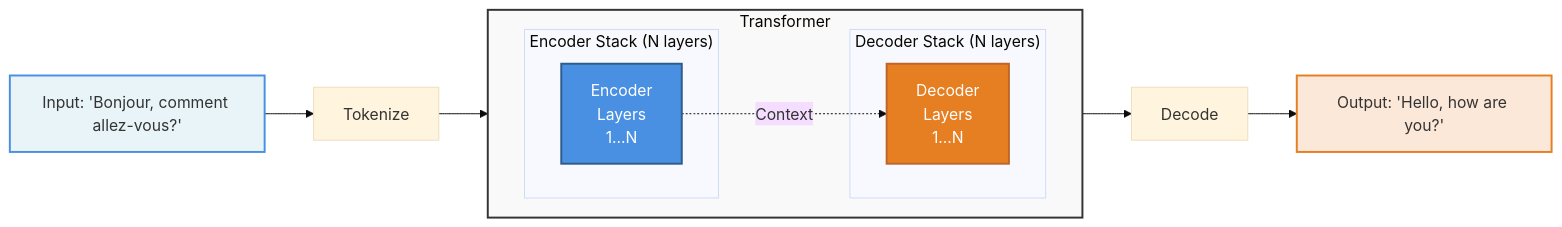
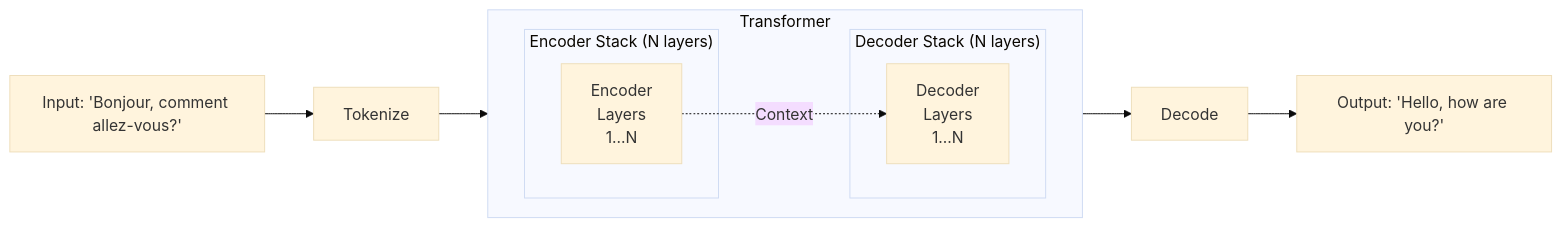
Before and after one commit to simonguest/CS-394: the diagram in src/01/diagrams/transformer-3.mmd, drawn with Mermaid (base theme). The commit also changed 4 other files, not shown here.

Commit message:
Added mermaid theme and removed inline styling

```diff
--- a/src/01/diagrams/transformer-3.mmd
+++ b/src/01/diagrams/transformer-3.mmd
@@ -1,26 +1,20 @@
 graph LR
     Input["Input: 'Bonjour, comment allez-vous?'"]
     
     subgraph Transformer
         direction LR
         subgraph "Encoder Stack (N layers)"
             E[Encoder<br/>Layers<br/>1...N]
         end
         
         subgraph "Decoder Stack (N layers)"
             D[Decoder<br/>Layers<br/>1...N]
         end
         
         E -.->|Context| D
     end
     
     Output["Output: 'Hello, how are you?'"]
     
     Input --> Tokenize --> E
     D --> Decode --> Output
-    
-    style E fill:#4A90E2,stroke:#2E5C8A,stroke-width:2px,color:#fff
-    style D fill:#E67E22,stroke:#C0652A,stroke-width:2px,color:#fff
-    style Input fill:#E8F4F8,stroke:#4A90E2,stroke-width:2px
-    style Output fill:#FCE8D8,stroke:#E67E22,stroke-width:2px
-    style Transformer fill:#f9f9f9,stroke:#333,stroke-width:2px
```
